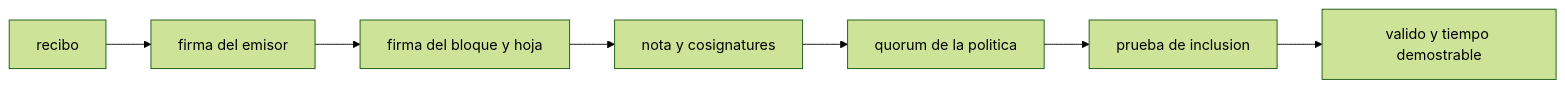
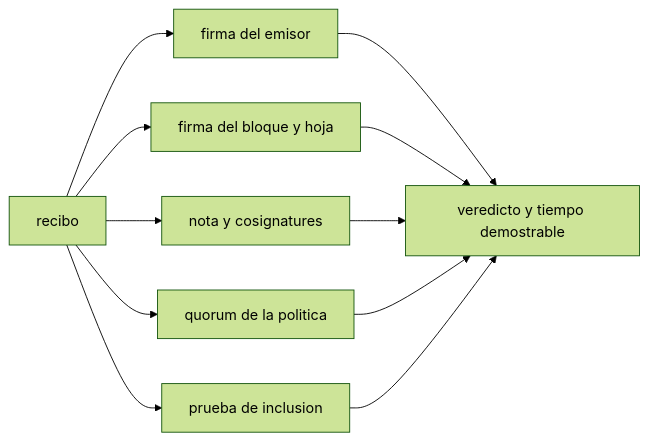
Before and after one commit to nucleoledger/nucleo: the sixth of 11 diagrams in docs/ARQUITECTURA.md, drawn with Mermaid (forest theme). The commit also changed other lines of this file and 1 other file, not shown here.

````diff
--- a/docs/ARQUITECTURA.md
+++ b/docs/ARQUITECTURA.md
@@ -328,9 +346,13 @@
 ```mermaid
 flowchart LR
   recibo[recibo] --> firma[firma del emisor]
-  firma --> bloque[firma del bloque y hoja]
-  bloque --> nota[nota y cosignatures]
-  nota --> quorum[quorum de la politica]
-  quorum --> inclusion[prueba de inclusion]
-  inclusion --> veredicto[valido y tiempo demostrable]
+  recibo --> bloque[firma del bloque y hoja]
+  recibo --> nota[nota y cosignatures]
+  recibo --> quorum[quorum de la politica]
+  recibo --> inclusion[prueba de inclusion]
+  firma --> veredicto[veredicto y tiempo demostrable]
+  bloque --> veredicto
+  nota --> veredicto
+  quorum --> veredicto
+  inclusion --> veredicto
 ```
````
